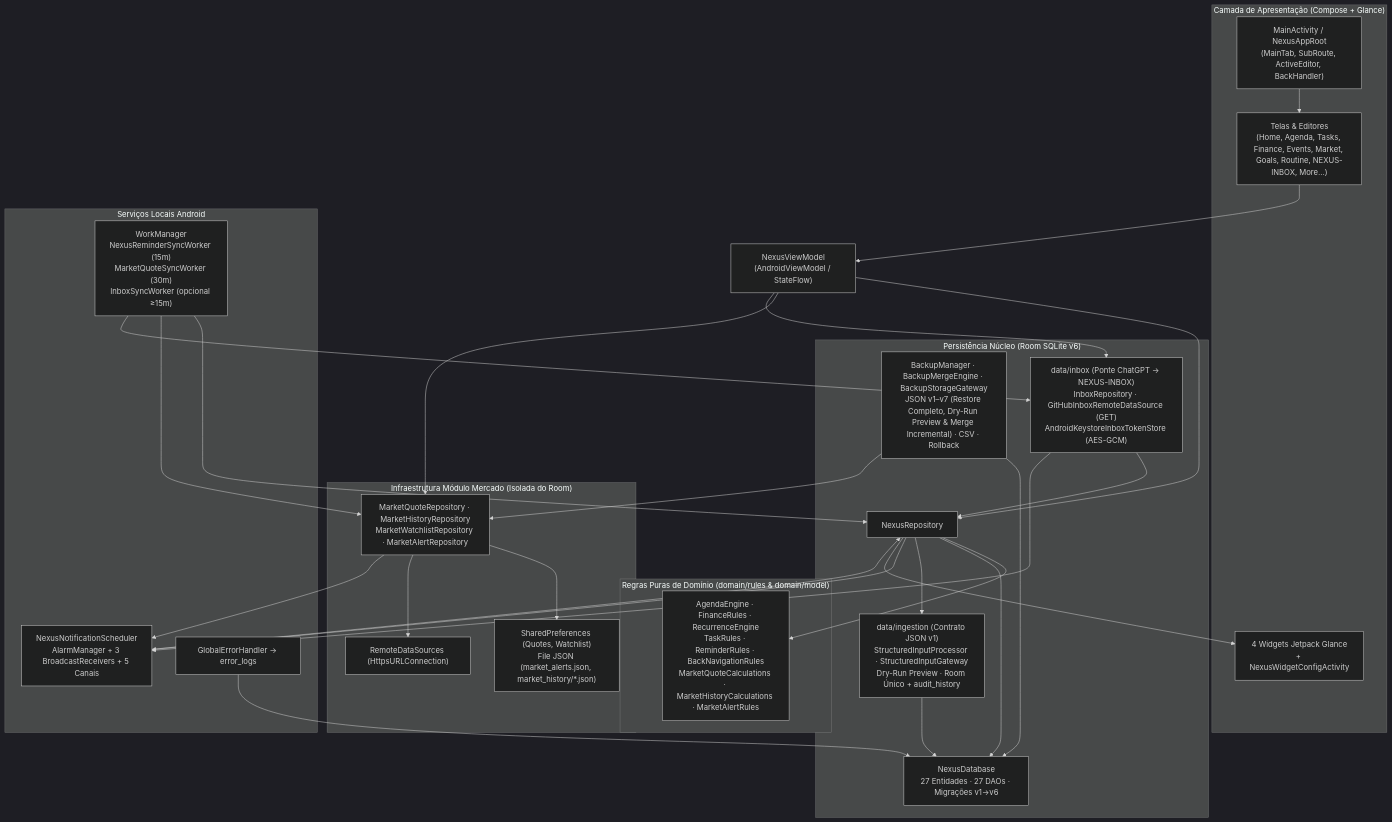
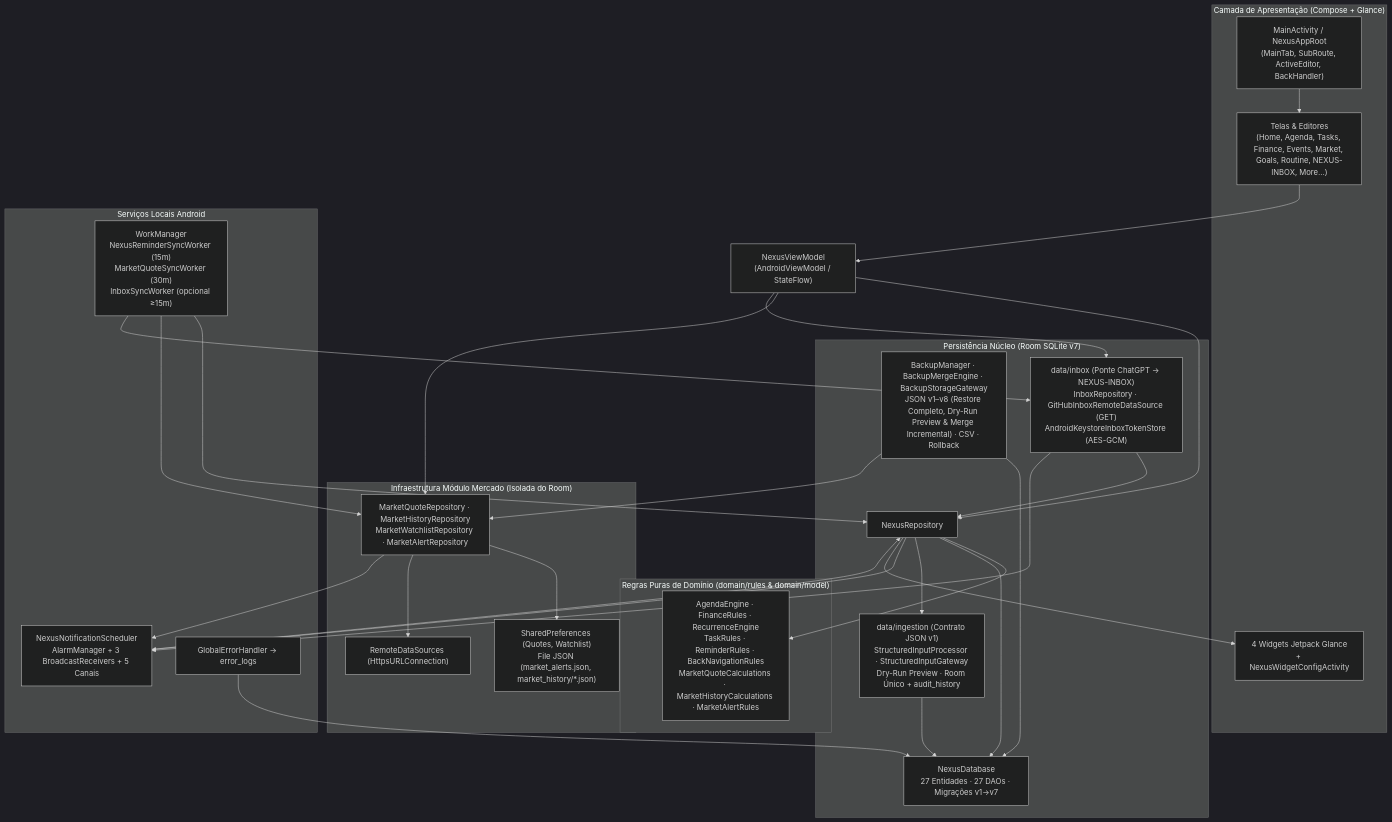
One commit to enzonunezmachado/PROJETO-NEXUS- changed the second of 2 diagrams in docs/03_ARQUITETURA_ENGENHARIA.md. Above: the diagram before and after it, drawn with Mermaid (dark theme). The commit also changed other lines of this file and 5 other files, not shown here.

First line of the commit message:
feat: upgrade backup schema to v8

````diff
--- a/docs/03_ARQUITETURA_ENGENHARIA.md
+++ b/docs/03_ARQUITETURA_ENGENHARIA.md
@@ -40,58 +40,58 @@
 ```mermaid
 flowchart TB
     subgraph UI["Camada de Apresentação (Compose + Glance)"]
         MA["MainActivity / NexusAppRoot<br/>(MainTab, SubRoute, ActiveEditor, BackHandler)"]
         Screens["Telas & Editores<br/>(Home, Agenda, Tasks, Finance, Events, Market, Goals, Routine, NEXUS-INBOX, More...)"]
         Glance["4 Widgets Jetpack Glance<br/>+ NexusWidgetConfigActivity"]
     end
 
     VM["NexusViewModel<br/>(AndroidViewModel / StateFlow)"]
 
     subgraph Domain["Regras Puras de Domínio (domain/rules & domain/model)"]
         Rules["AgendaEngine · FinanceRules · RecurrenceEngine<br/>TaskRules · ReminderRules · BackNavigationRules<br/>MarketQuoteCalculations · MarketHistoryCalculations · MarketAlertRules"]
     end
 
-    subgraph DataCore["Persistência Núcleo (Room SQLite v6)"]
+    subgraph DataCore["Persistência Núcleo (Room SQLite v7)"]
         Repo["NexusRepository"]
-        DB["NexusDatabase<br/>27 Entidades · 27 DAOs · Migrações v1→v6"]
-        BM["BackupManager · BackupMergeEngine · BackupStorageGateway<br/>JSON v1–v7 (Restore Completo, Dry-Run Preview &amp; Merge Incremental) · CSV · Rollback"]
+        DB["NexusDatabase<br/>27 Entidades · 27 DAOs · Migrações v1→v7"]
+        BM["BackupManager · BackupMergeEngine · BackupStorageGateway<br/>JSON v1–v8 (Restore Completo, Dry-Run Preview &amp; Merge Incremental) · CSV · Rollback"]
         ING["data/ingestion (Contrato JSON v1)<br/>StructuredInputProcessor · StructuredInputGateway<br/>Dry-Run Preview · Room Único + audit_history"]
         INB["data/inbox (Ponte ChatGPT → NEXUS-INBOX)<br/>InboxRepository · GitHubInboxRemoteDataSource (GET)<br/>AndroidKeystoreInboxTokenStore (AES-GCM)"]
     end
 
     subgraph DataMarket["Infraestrutura Módulo Mercado (Isolada do Room)"]
         MRepo["MarketQuoteRepository · MarketHistoryRepository<br/>MarketWatchlistRepository · MarketAlertRepository"]
         MStores["SharedPreferences (Quotes, Watchlist)<br/>File JSON (market_alerts.json, market_history/*.json)"]
         MNet["RemoteDataSources (HttpsURLConnection)"]
     end
 
     subgraph SystemBG["Serviços Locais Android"]
         Notif["NexusNotificationScheduler<br/>AlarmManager + 3 BroadcastReceivers + 5 Canais"]
         Workers["WorkManager<br/>NexusReminderSyncWorker (15m)<br/>MarketQuoteSyncWorker (30m)<br/>InboxSyncWorker (opcional ≥15m)"]
         Err["GlobalErrorHandler → error_logs"]
     end
 
     MA --> Screens
     Screens --> VM
     VM --> Repo
     VM --> MRepo
     VM --> INB
     Repo --> Rules
     Repo --> DB
     Repo --> ING
     ING --> DB
     INB --> Repo
     INB --> Notif
     Repo --> Notif
     Repo --> Glance
     BM --> DB
     BM --> MRepo
     MRepo --> MStores
     MRepo --> MNet
     MRepo --> Notif
     Workers --> Repo
     Workers --> MRepo
     Workers --> INB
     Notif --> Repo
     Err --> DB
 ```
````
